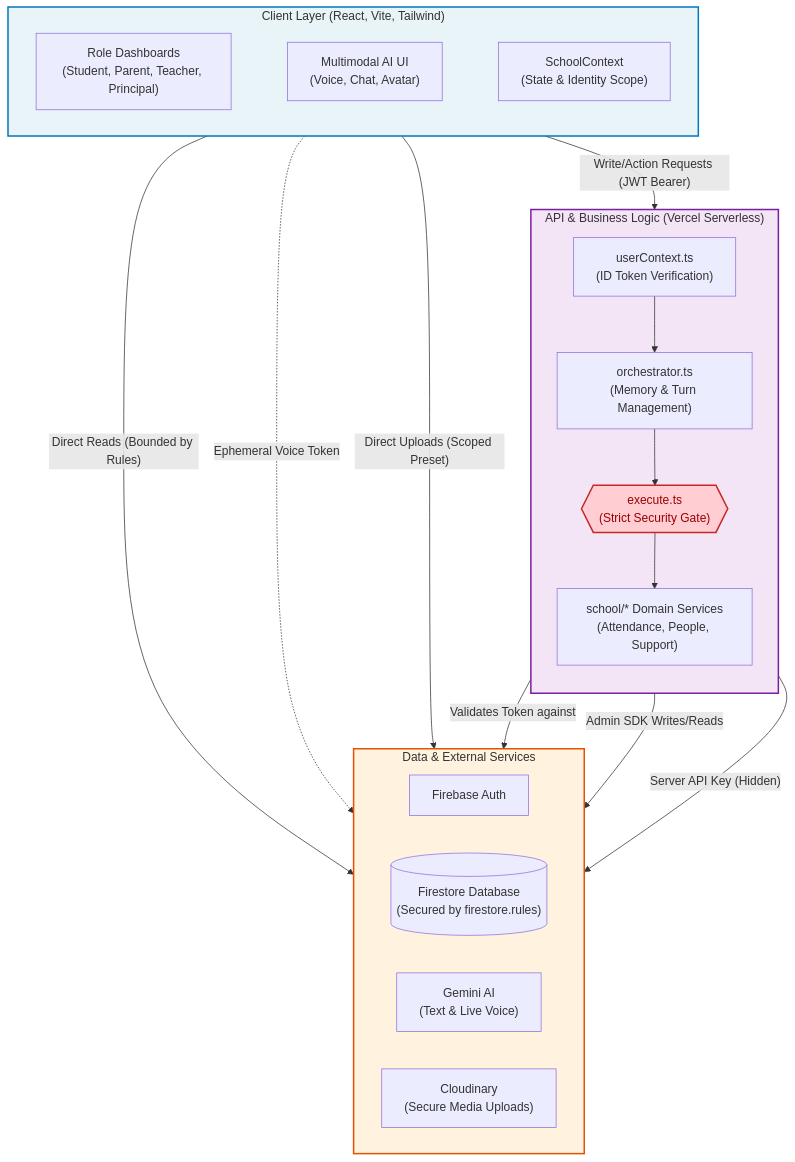
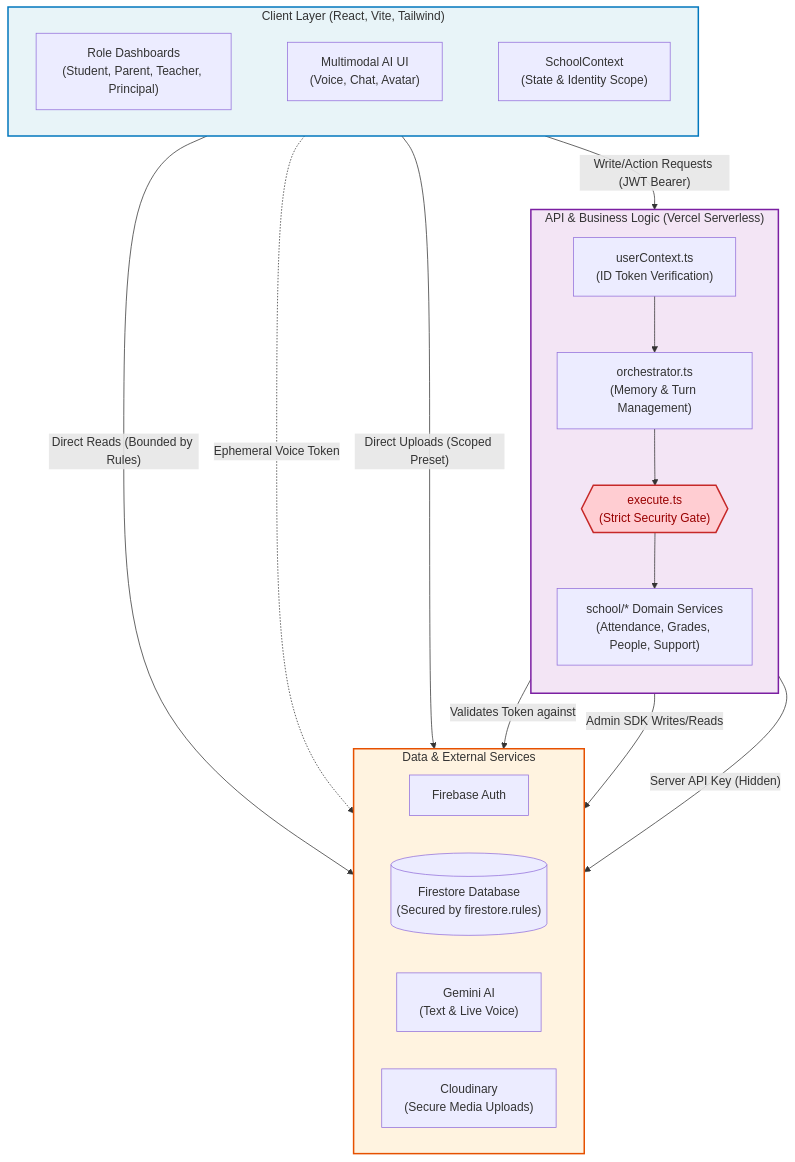
Before and after one commit to sanikommu-bhanu/edvia: the second of 3 diagrams in README.md, drawn with Mermaid. The commit also changed other lines of this file and 57 other files, not shown here.

````diff
--- a/README.md
+++ b/README.md
@@ -75,42 +135,42 @@
 ```mermaid
 flowchart TB
     subgraph ClientLayer ["Client Layer (React, Vite, Tailwind)"]
         direction LR
         UI["Role Dashboards<br/>(Student, Parent, Teacher, Principal)"]
         Chat["Multimodal AI UI<br/>(Voice, Chat, Avatar)"]
         Context["SchoolContext<br/>(State & Identity Scope)"]
         UI ~~~ Chat ~~~ Context
     end
 
     subgraph APILayer ["API & Business Logic (Vercel Serverless)"]
         direction TB
         AuthZ["userContext.ts<br/>(ID Token Verification)"]
         Orchestrator["orchestrator.ts<br/>(Memory & Turn Management)"]
         Boundary{{"execute.ts<br/>(Strict Security Gate)"}}
-        Services["school/* Domain Services<br/>(Attendance, People, Support)"]
-        
+        Services["school/* Domain Services<br/>(Attendance, Grades, People, Support)"]
+
         AuthZ --> Orchestrator --> Boundary --> Services
     end
 
     subgraph DataLayer ["Data & External Services"]
         direction LR
         Auth["Firebase Auth"]
         FS[("Firestore Database<br/>(Secured by firestore.rules)")]
         Gemini["Gemini AI<br/>(Text & Live Voice)"]
         Cloudinary["Cloudinary<br/>(Secure Media Uploads)"]
     end
 
     ClientLayer -->|"Direct Reads (Bounded by Rules)"| FS
     ClientLayer -->|"Write/Action Requests (JWT Bearer)"| APILayer
     ClientLayer -.->|"Ephemeral Voice Token"| Gemini
     ClientLayer -->|"Direct Uploads (Scoped Preset)"| Cloudinary
-    
+
     APILayer -->|"Validates Token against"| Auth
     APILayer -->|"Admin SDK Writes/Reads"| FS
     APILayer -->|"Server API Key (Hidden)"| Gemini
 
     style ClientLayer fill:#e8f4f8,stroke:#0277bd,stroke-width:2px
     style APILayer fill:#f3e5f5,stroke:#7b1fa2,stroke-width:2px
     style DataLayer fill:#fff3e0,stroke:#e65100,stroke-width:2px
     style Boundary fill:#ffcdd2,stroke:#c62828,stroke-width:2px,color:#900
 ```
````
